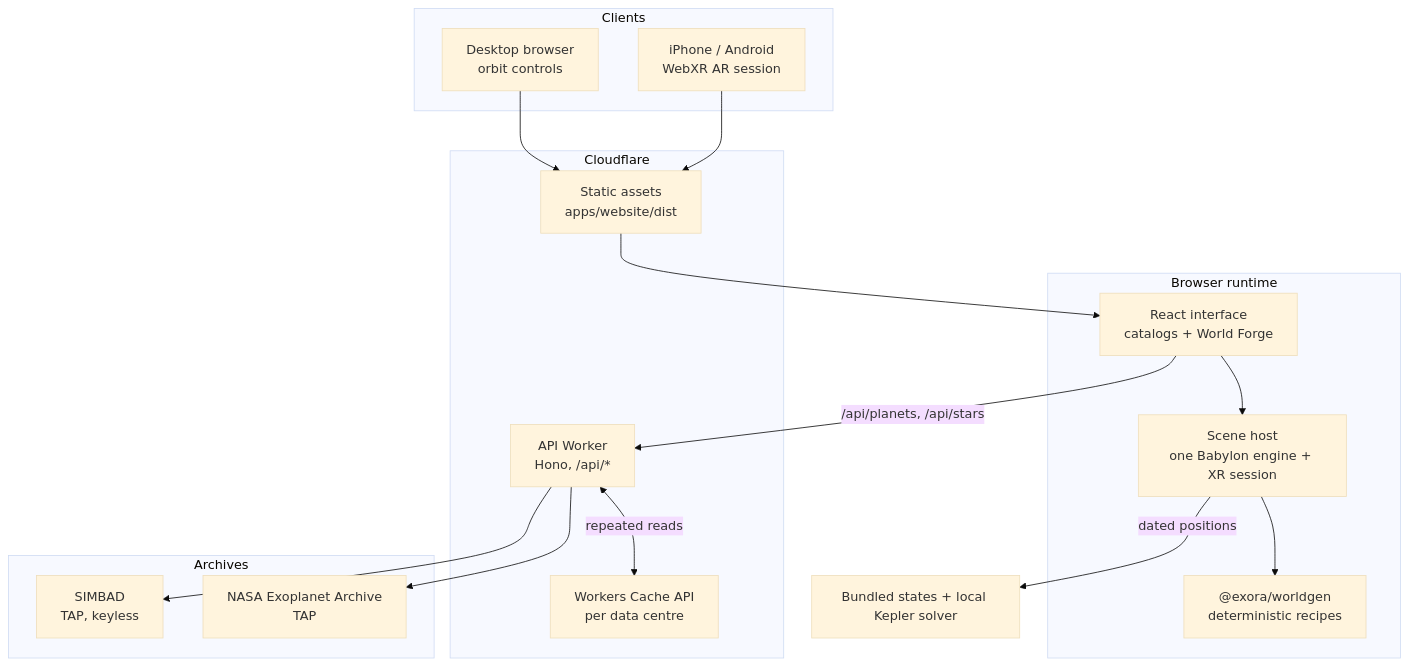
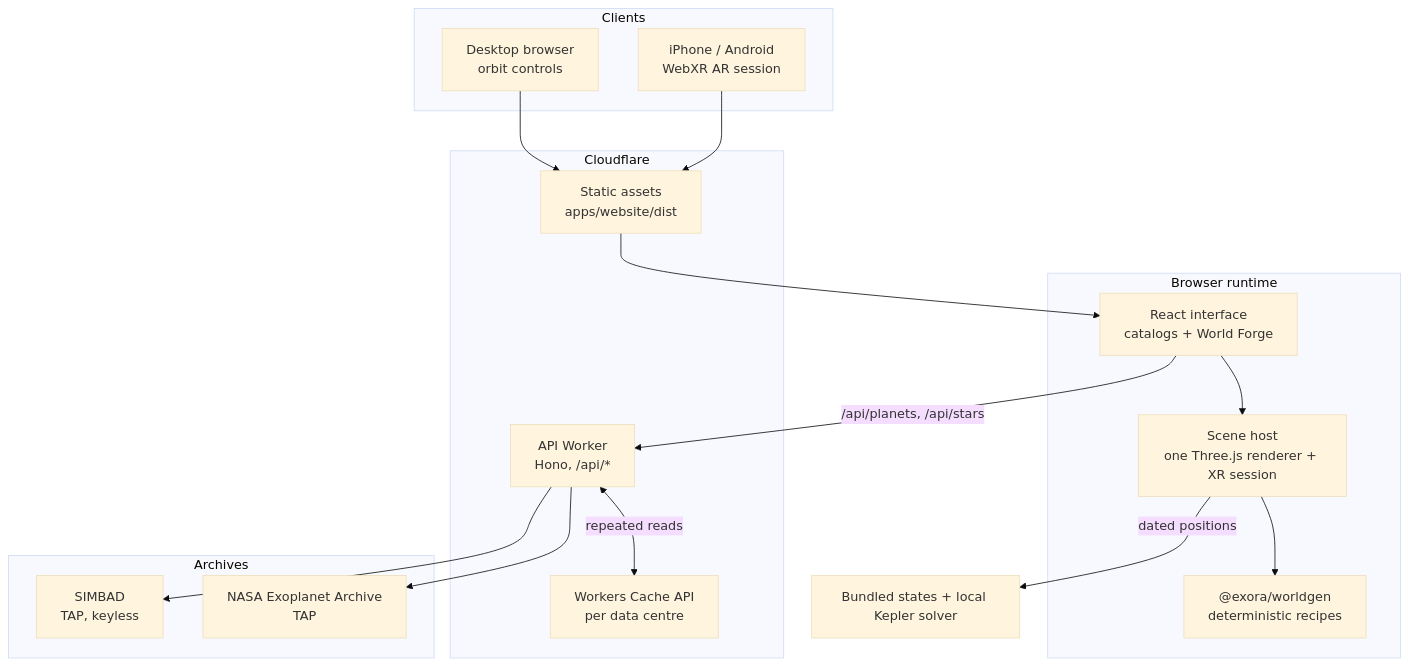
One commit to voltcrash/exora changed the diagram in README.md. Above: the diagram before and after it, drawn with Mermaid (base theme). The commit also changed other lines of this file and 4 other files, not shown here.

Commit message:
docs(viewer): describe the Three.js renderer and original artwork

````diff
--- a/README.md
+++ b/README.md
@@ -199,37 +199,37 @@
 ```mermaid
 flowchart TB
     subgraph Clients
         Desktop["Desktop browser<br/>orbit controls"]
         Phone["iPhone / Android<br/>WebXR AR session"]
     end
 
     subgraph Browser["Browser runtime"]
         UI["React interface<br/>catalogs + World Forge"]
-        Host["Scene host<br/>one Babylon engine + XR session"]
+        Host["Scene host<br/>one Three.js renderer + XR session"]
         Worldgen["@exora/worldgen<br/>deterministic recipes"]
     end
 
     subgraph Cloudflare["Cloudflare"]
         Static["Static assets<br/>apps/website/dist"]
         Fn["API Worker<br/>Hono, /api/*"]
         Edge["Workers Cache API<br/>per data centre"]
     end
 
     subgraph Archives["Archives"]
         NASA["NASA Exoplanet Archive<br/>TAP"]
         SIMBAD["SIMBAD<br/>TAP, keyless"]
     end
 
     Desktop --> Static
     Phone --> Static
     Static --> UI
     UI --> Host
     Host --> Worldgen
 
     UI -->|/api/planets, /api/stars| Fn
     Host -->|dated positions| Orbits["Bundled states + local Kepler solver"]
     Fn <-->|repeated reads| Edge
 
     Fn --> NASA
     Fn --> SIMBAD
 ```
````
